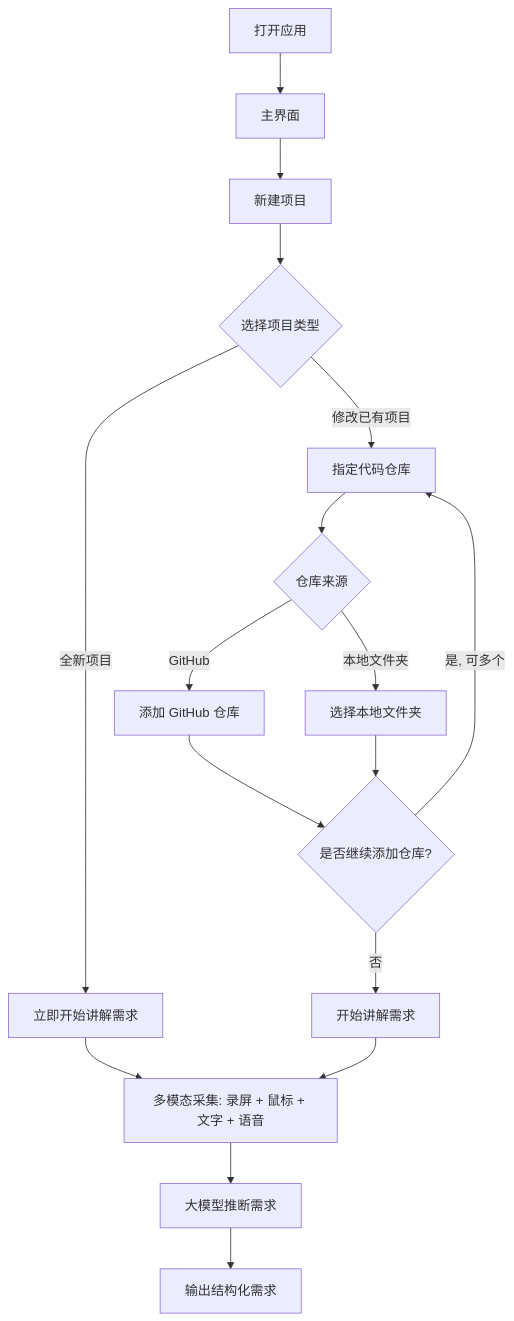
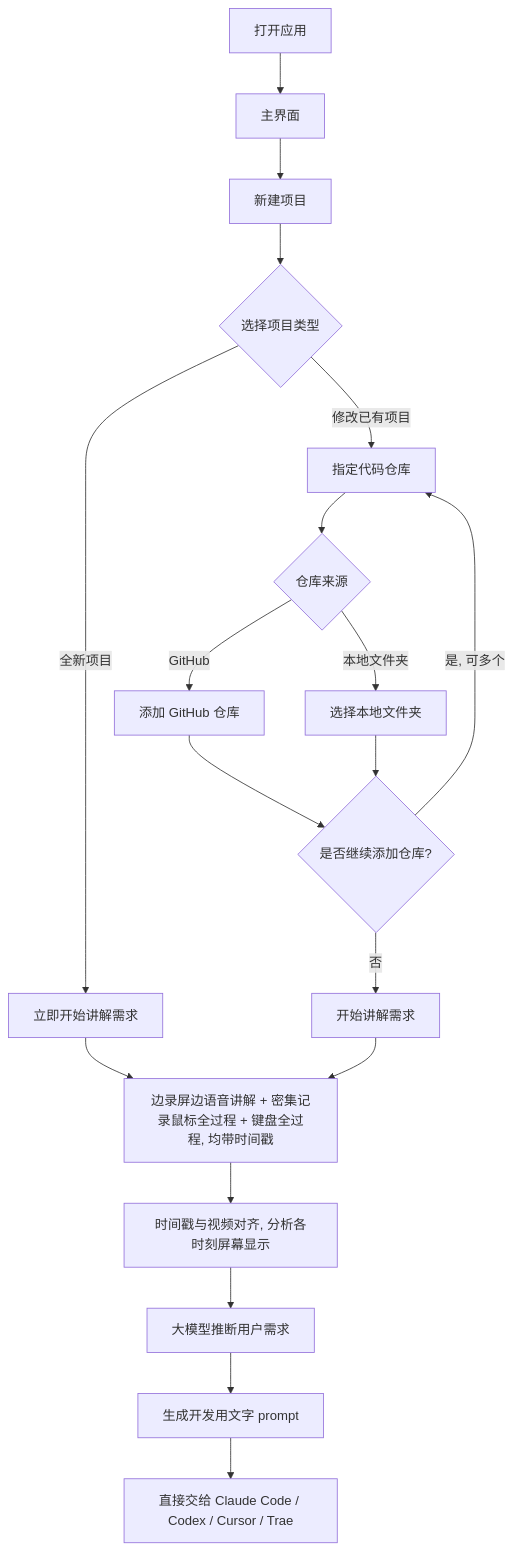
Before and after one commit to yycode99/rake: the diagram in docs/需求文档.md, drawn with Mermaid. The commit also changed other lines of this file, not shown here.

````diff
--- a/docs/需求文档.md
+++ b/docs/需求文档.md
@@ -221,19 +239,21 @@
 ```mermaid
 flowchart TD
     A[打开应用] --> B[主界面]
     B --> C[新建项目]
     C --> D{选择项目类型}
     D -->|全新项目| E[立即开始讲解需求]
     D -->|修改已有项目| F[指定代码仓库]
     F --> G{仓库来源}
     G -->|GitHub| H[添加 GitHub 仓库]
     G -->|本地文件夹| I[选择本地文件夹]
     H --> J{是否继续添加仓库?}
     I --> J
     J -->|是, 可多个| F
     J -->|否| K[开始讲解需求]
-    E --> L[多模态采集: 录屏 + 鼠标 + 文字 + 语音]
+    E --> L[边录屏边语音讲解 + 密集记录鼠标全过程 + 键盘全过程, 均带时间戳]
     K --> L
-    L --> M[大模型推断需求]
-    M --> N[输出结构化需求]
+    L --> M[时间戳与视频对齐, 分析各时刻屏幕显示]
+    M --> N[大模型推断用户需求]
+    N --> O[生成开发用文字 prompt]
+    O --> P[直接交给 Claude Code / Codex / Cursor / Trae]
 ```
````
